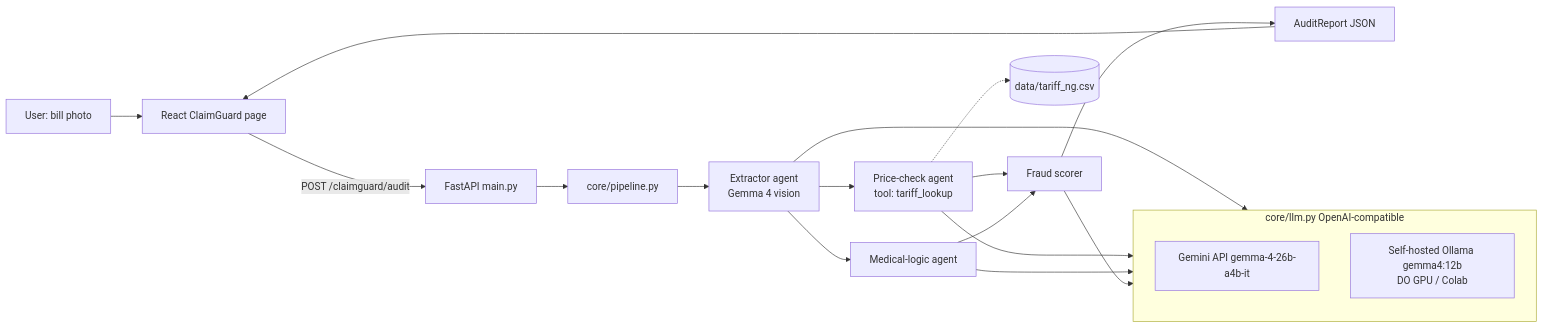
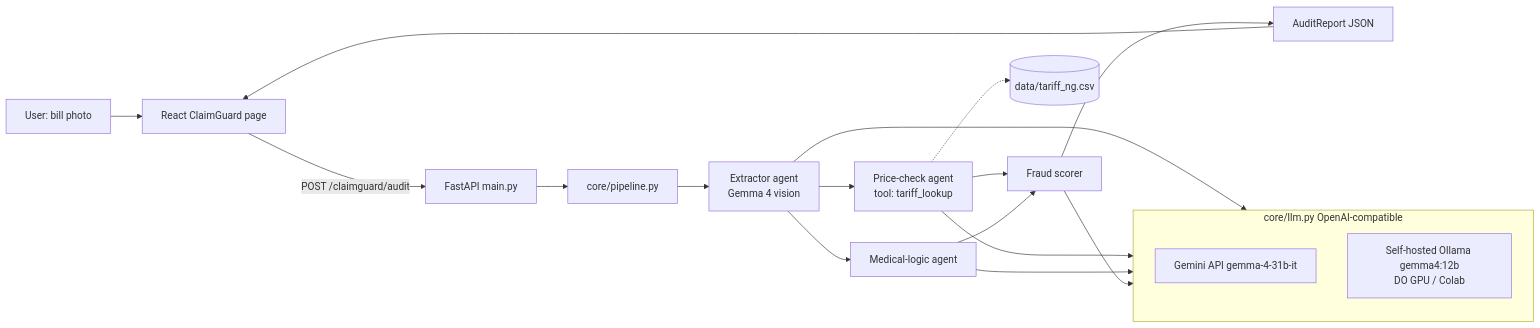
Before and after one commit to drizzy765/claimguard: the diagram in docs/architecture.md, drawn with Mermaid. The commit also changed other lines of this file and 7 other files, not shown here.

Commit message:
Use gemma-4-31b-it as Gemini primary; keep Groq/Ollama fallbacks

````diff
--- a/docs/architecture.md
+++ b/docs/architecture.md
@@ -16,19 +16,19 @@
 ```mermaid
 flowchart LR
   U[User: bill photo] --> FE[React ClaimGuard page]
   FE -->|POST /claimguard/audit| API[FastAPI main.py]
   API --> P[core/pipeline.py]
   P --> E[Extractor agent<br/>Gemma 4 vision]
   E --> PC[Price-check agent<br/>tool: tariff_lookup]
   E --> ML[Medical-logic agent]
   PC --> F[Fraud scorer]
   ML --> F
   F --> R[AuditReport JSON]
   R --> FE
   PC -.-> CSV[(data/tariff_ng.csv)]
   subgraph LLM[core/llm.py OpenAI-compatible]
-    G1[Gemini API gemma-4-26b-a4b-it]
+    G1[Gemini API gemma-4-31b-it]
     G2[Self-hosted Ollama gemma4:12b<br/>DO GPU / Colab]
   end
   E & PC & ML & F --> LLM
 ```
````
